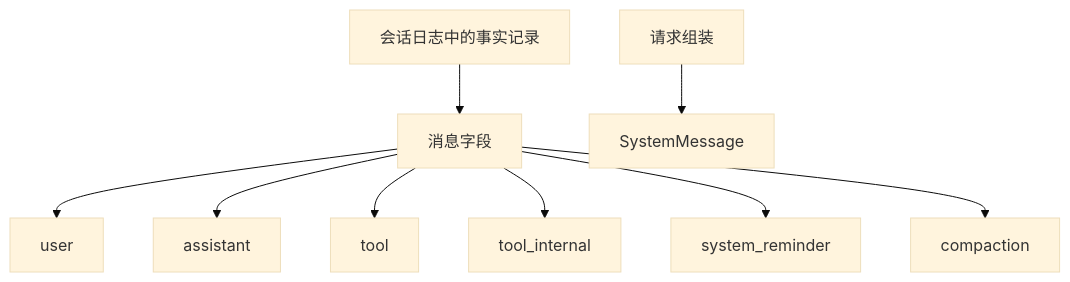
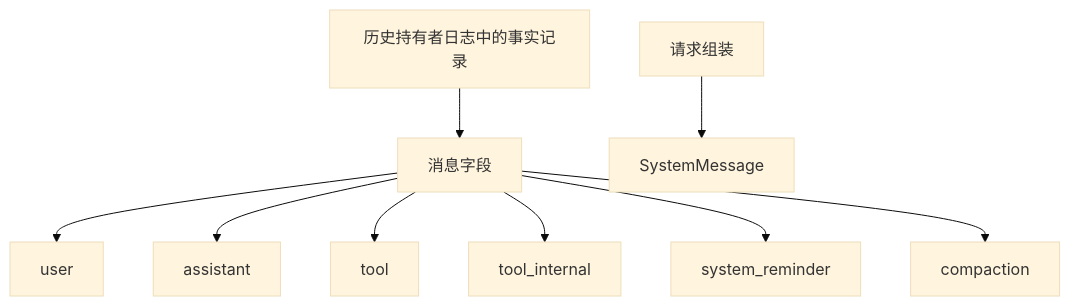
The diagram in packages/common/message/README_ZH.md (nemori-ai/omne-harness-lite), drawn with Mermaid (base theme) before and after one commit. The commit also changed other lines of this file and 71 other files, not shown here.

````diff
--- a/packages/common/message/README_ZH.md
+++ b/packages/common/message/README_ZH.md
@@ -60,11 +60,11 @@
 ```mermaid
 flowchart TD
-  fact["会话日志中的事实记录"] --> field["消息字段"]
+  fact["历史持有者日志中的事实记录"] --> field["消息字段"]
   field --> user["user"]
   field --> assistant["assistant"]
   field --> tool["tool"]
   field --> internal["tool_internal"]
   field --> reminder["system_reminder"]
   field --> compaction["compaction"]
   assembly["请求组装"] --> system["SystemMessage"]
 ```
````
